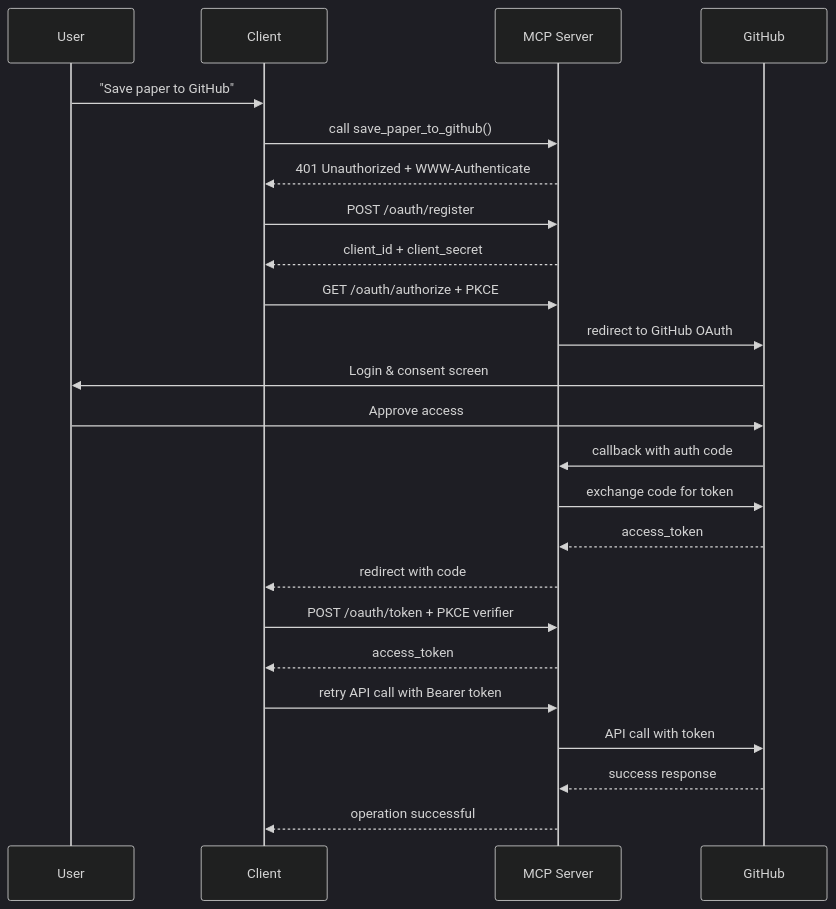
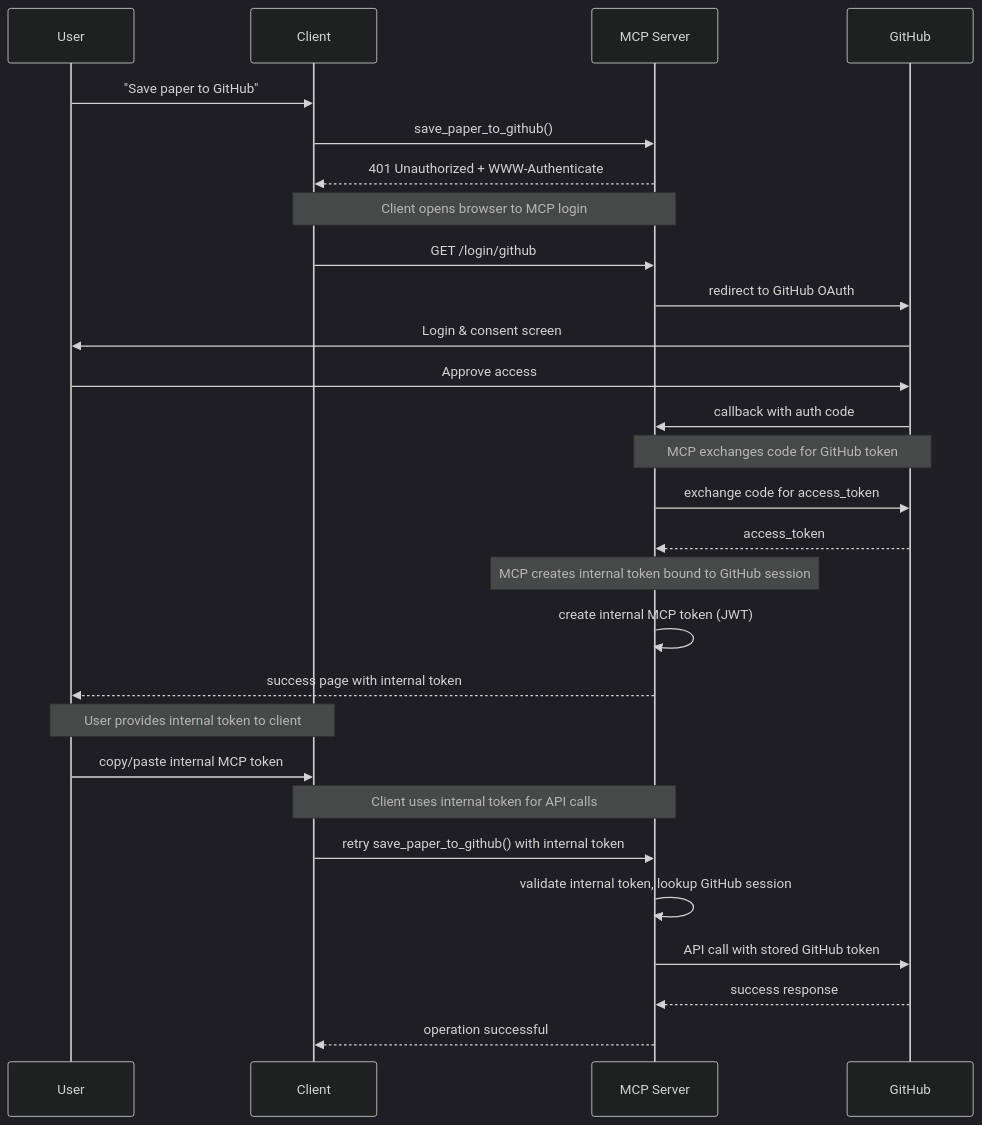
Before and after one commit to skylarbpayne/mcp-101: the diagram in examples/oauth-research-server/README.md, drawn with Mermaid (dark theme). The commit also changed other lines of this file and 3 other files, not shown here.

First line of the commit message:
Perfect! I've now implemented the **CORRECT** MCP OAuth flow according to the Auth0 specification. Here's what I fixed:

````diff
--- a/examples/oauth-research-server/README.md
+++ b/examples/oauth-research-server/README.md
@@ -106,31 +116,36 @@
 ```mermaid
 sequenceDiagram
     participant User
     participant Client
     participant MCP Server
     participant GitHub
 
     User->>Client: "Save paper to GitHub"
-    Client->>MCP Server: call save_paper_to_github()
+    Client->>MCP Server: save_paper_to_github()
     MCP Server-->>Client: 401 Unauthorized + WWW-Authenticate
     
-    Client->>MCP Server: POST /oauth/register
-    MCP Server-->>Client: client_id + client_secret
-    
-    Client->>MCP Server: GET /oauth/authorize + PKCE
+    Note over Client,MCP Server: Client opens browser to MCP login
+    Client->>MCP Server: GET /login/github
     MCP Server->>GitHub: redirect to GitHub OAuth
     GitHub->>User: Login & consent screen
     User->>GitHub: Approve access
     GitHub->>MCP Server: callback with auth code
-    MCP Server->>GitHub: exchange code for token
+    
+    Note over MCP Server,GitHub: MCP exchanges code for GitHub token
+    MCP Server->>GitHub: exchange code for access_token
     GitHub-->>MCP Server: access_token
-    MCP Server-->>Client: redirect with code
     
-    Client->>MCP Server: POST /oauth/token + PKCE verifier
-    MCP Server-->>Client: access_token
+    Note over MCP Server: MCP creates internal token bound to GitHub session
+    MCP Server->>MCP Server: create internal MCP token (JWT)
+    MCP Server-->>User: success page with internal token
     
-    Client->>MCP Server: retry API call with Bearer token
-    MCP Server->>GitHub: API call with token
+    Note over User,Client: User provides internal token to client
+    User->>Client: copy/paste internal MCP token
+    
+    Note over Client,MCP Server: Client uses internal token for API calls
+    Client->>MCP Server: retry save_paper_to_github() with internal token
+    MCP Server->>MCP Server: validate internal token, lookup GitHub session
+    MCP Server->>GitHub: API call with stored GitHub token
     GitHub-->>MCP Server: success response
     MCP Server-->>Client: operation successful
 ```
````
